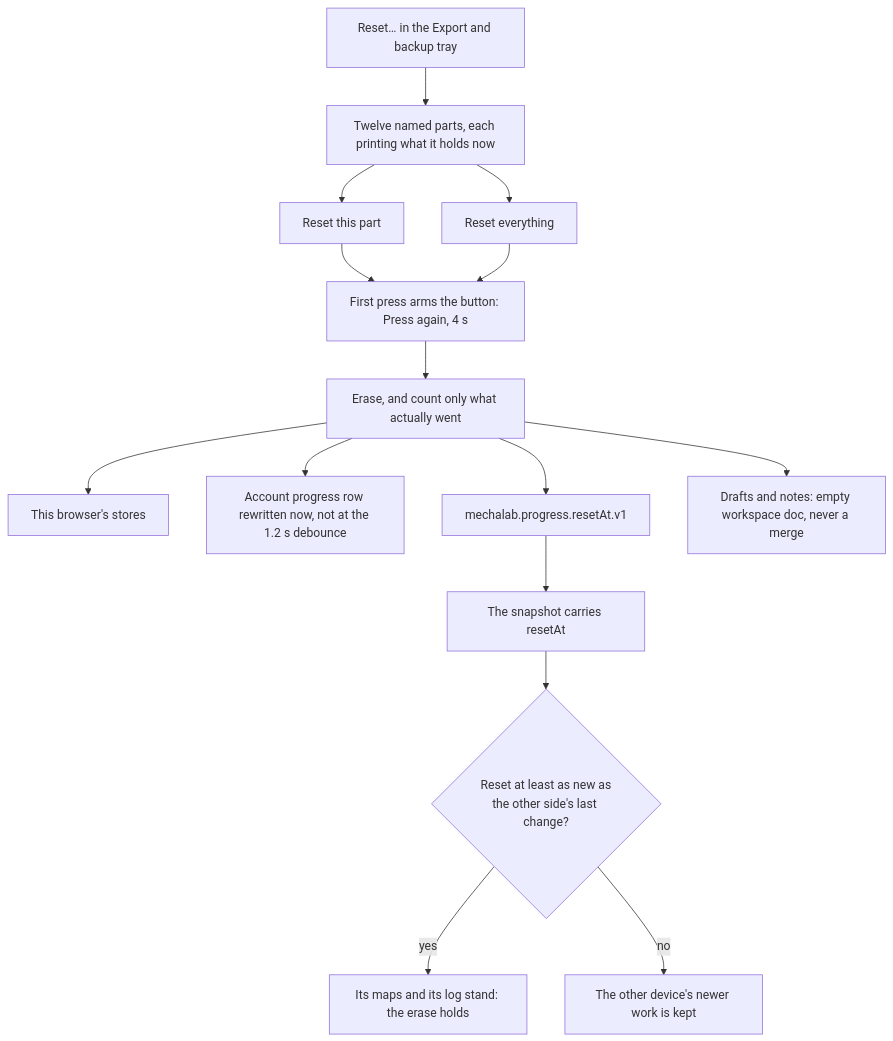
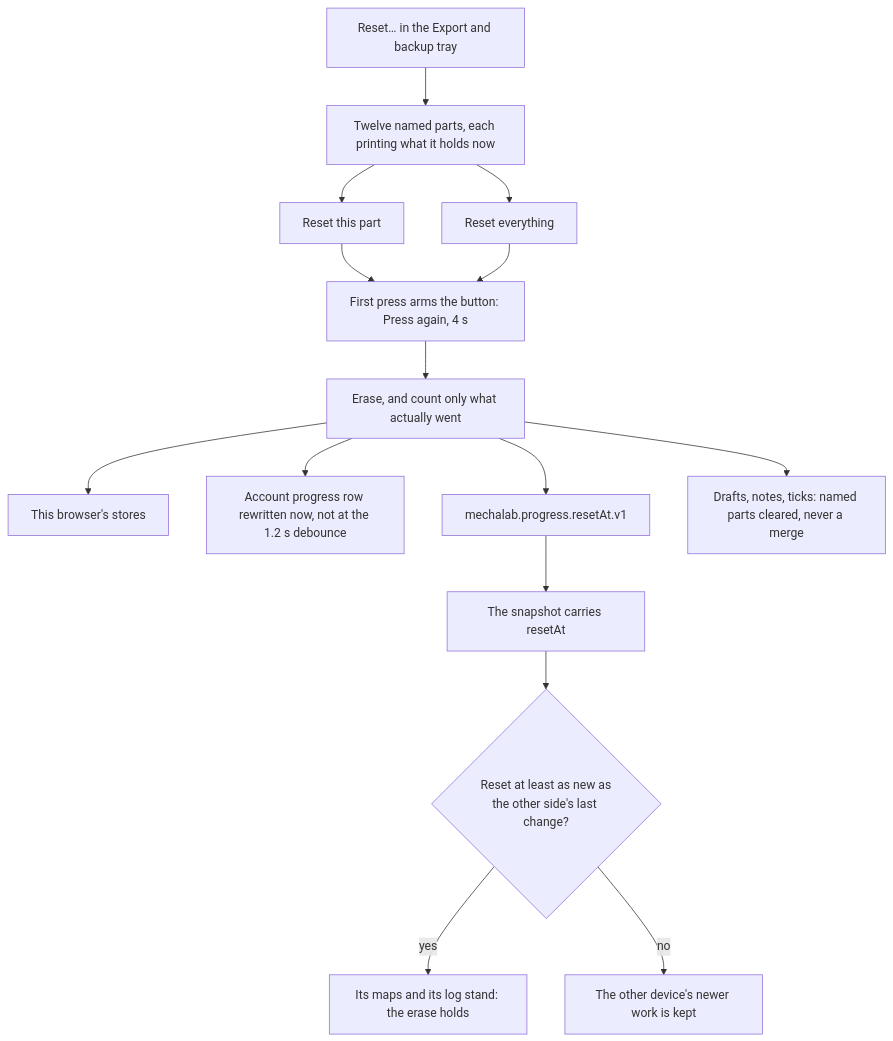
One commit to TLE47/Mechatronics-Roadmap changed the diagram in docs/RESET.md. Above: the diagram before and after it, drawn with Mermaid. The commit also changed other lines of this file and 21 other files, not shown here.

````diff
--- a/docs/RESET.md
+++ b/docs/RESET.md
@@ -15,17 +15,17 @@
 ```mermaid
 flowchart TB
     Door["Reset… in the Export and backup tray"] --> Panel["Twelve named parts, each printing what it holds now"]
     Panel --> One["Reset this part"]
     Panel --> All["Reset everything"]
     One --> Armed["First press arms the button: Press again, 4 s"]
     All --> Armed
     Armed --> Erase["Erase, and count only what actually went"]
     Erase --> Local["This browser's stores"]
     Erase --> Row["Account progress row rewritten now, not at the 1.2 s debounce"]
     Erase --> Watermark["mechalab.progress.resetAt.v1"]
     Watermark --> Snapshot["The snapshot carries resetAt"]
     Snapshot --> Newer{"Reset at least as new as\nthe other side's last change?"}
     Newer -->|"yes"| Stands["Its maps and its log stand: the erase holds"]
     Newer -->|"no"| Kept["The other device's newer work is kept"]
-    Erase --> Workspace["Drafts and notes: empty workspace doc, never a merge"]
+    Erase --> Workspace["Drafts, notes, ticks: named parts cleared, never a merge"]
 ```
````
